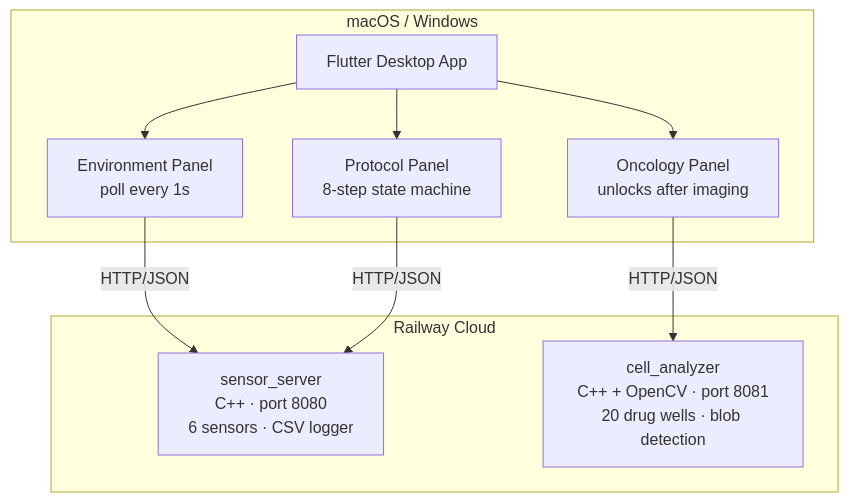
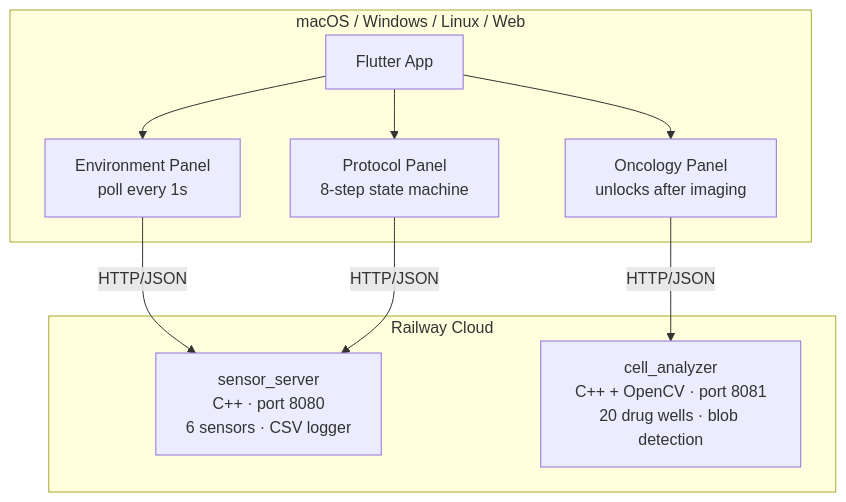
Before and after one commit to matteomeister-engineer/lab-on-chip-monitor: the first of 2 diagrams in README.md, drawn with Mermaid. The commit also changed other lines of this file, not shown here.

Commit message:
docs: add web app link and Linux downloads to README

````diff
--- a/README.md
+++ b/README.md
@@ -70,21 +82,21 @@
 ```mermaid
 graph TB
-    subgraph Desktop["macOS / Windows"]
-        App["Flutter Desktop App"]
+    subgraph Desktop["macOS / Windows / Linux / Web"]
+        App["Flutter App"]
         P1["Environment Panel\npoll every 1s"]
         P2["Protocol Panel\n8-step state machine"]
         P3["Oncology Panel\nunlocks after imaging"]
         App --> P1
         App --> P2
         App --> P3
     end
 
     subgraph Cloud["Railway Cloud"]
         S1["sensor_server\nC++ · port 8080\n6 sensors · CSV logger"]
         S2["cell_analyzer\nC++ + OpenCV · port 8081\n20 drug wells · blob detection"]
     end
 
     P1 -->|HTTP/JSON| S1
     P2 -->|HTTP/JSON| S1
     P3 -->|HTTP/JSON| S2
 ```
````
